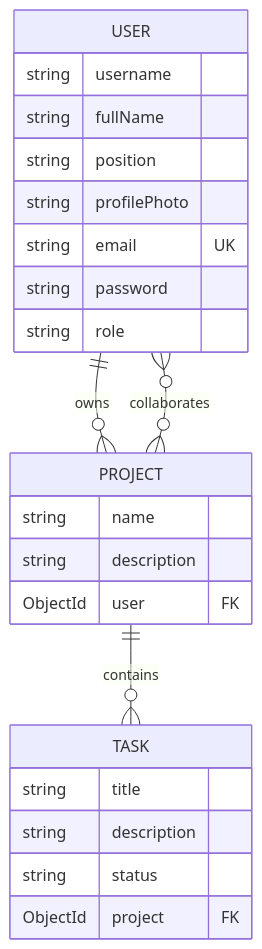
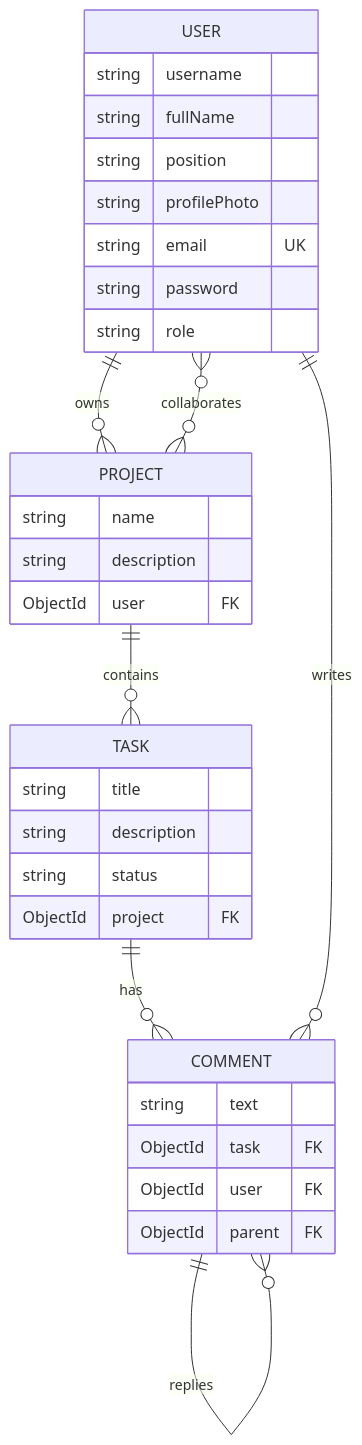
Before and after one commit to baldemoussa/Full-Stack-MERN-Application-Pro-Tasker: the first of 3 diagrams in DOCUMENTATION.md, drawn with Mermaid. The commit also changed other lines of this file and 13 other files, not shown here.

````diff
--- a/DOCUMENTATION.md
+++ b/DOCUMENTATION.md
@@ -200,26 +201,35 @@
 ```mermaid
 erDiagram
   USER ||--o{ PROJECT : owns
   USER }o--o{ PROJECT : collaborates
   PROJECT ||--o{ TASK : contains
+  TASK ||--o{ COMMENT : has
+  USER ||--o{ COMMENT : writes
+  COMMENT ||--o{ COMMENT : replies
   USER {
     string username
     string fullName
     string position
     string profilePhoto
     string email UK
     string password
     string role
   }
   PROJECT {
     string name
     string description
     ObjectId user FK
   }
   TASK {
     string title
     string description
     string status
     ObjectId project FK
   }
+  COMMENT {
+    string text
+    ObjectId task FK
+    ObjectId user FK
+    ObjectId parent FK
+  }
 ```
````
